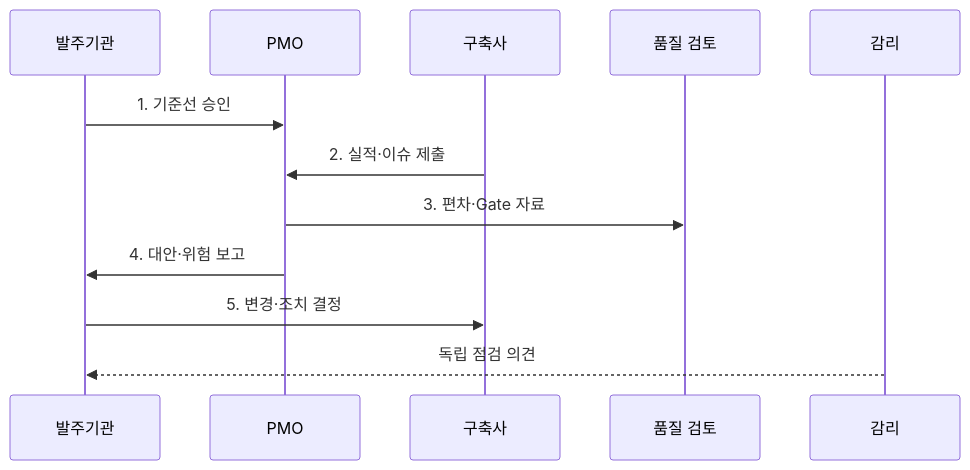
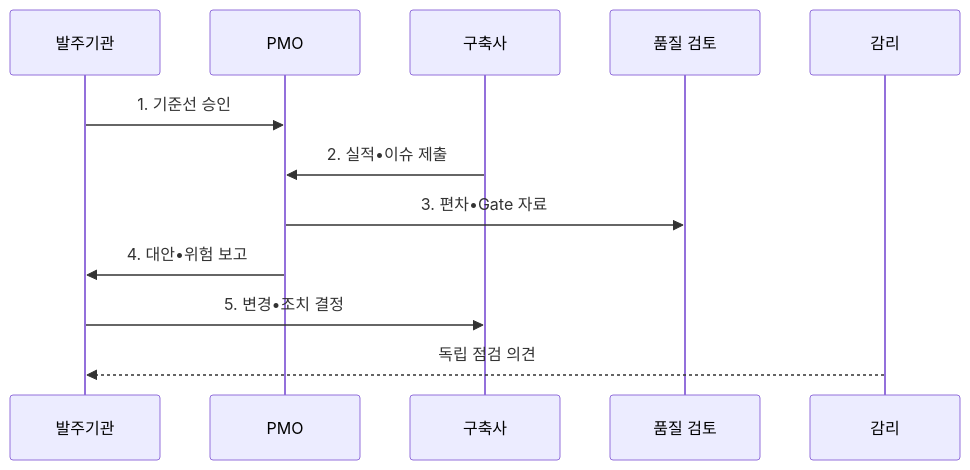
Before and after one commit to agnusdei1207/knowledge-base: the second of 2 diagrams in src/content/docs/notes/03-software/191_pmo.md, drawn with Mermaid. The commit also changed other lines of this file and 953 other files, not shown here.

````diff
--- a/src/content/docs/notes/03-software/191_pmo.md
+++ b/src/content/docs/notes/03-software/191_pmo.md
@@ -105,14 +105,14 @@
 ```mermaid
 sequenceDiagram
     participant O as 발주기관
     participant P as PMO
     participant V as 구축사
     participant Q as 품질 검토
     participant A as 감리
     O->>P: 1. 기준선 승인
-    V->>P: 2. 실적·이슈 제출
-    P->>Q: 3. 편차·Gate 자료
-    P->>O: 4. 대안·위험 보고
-    O->>V: 5. 변경·조치 결정
+    V->>P: 2. 실적•이슈 제출
+    P->>Q: 3. 편차•Gate 자료
+    P->>O: 4. 대안•위험 보고
+    O->>V: 5. 변경•조치 결정
     A-->>O: 독립 점검 의견
 ```
````
